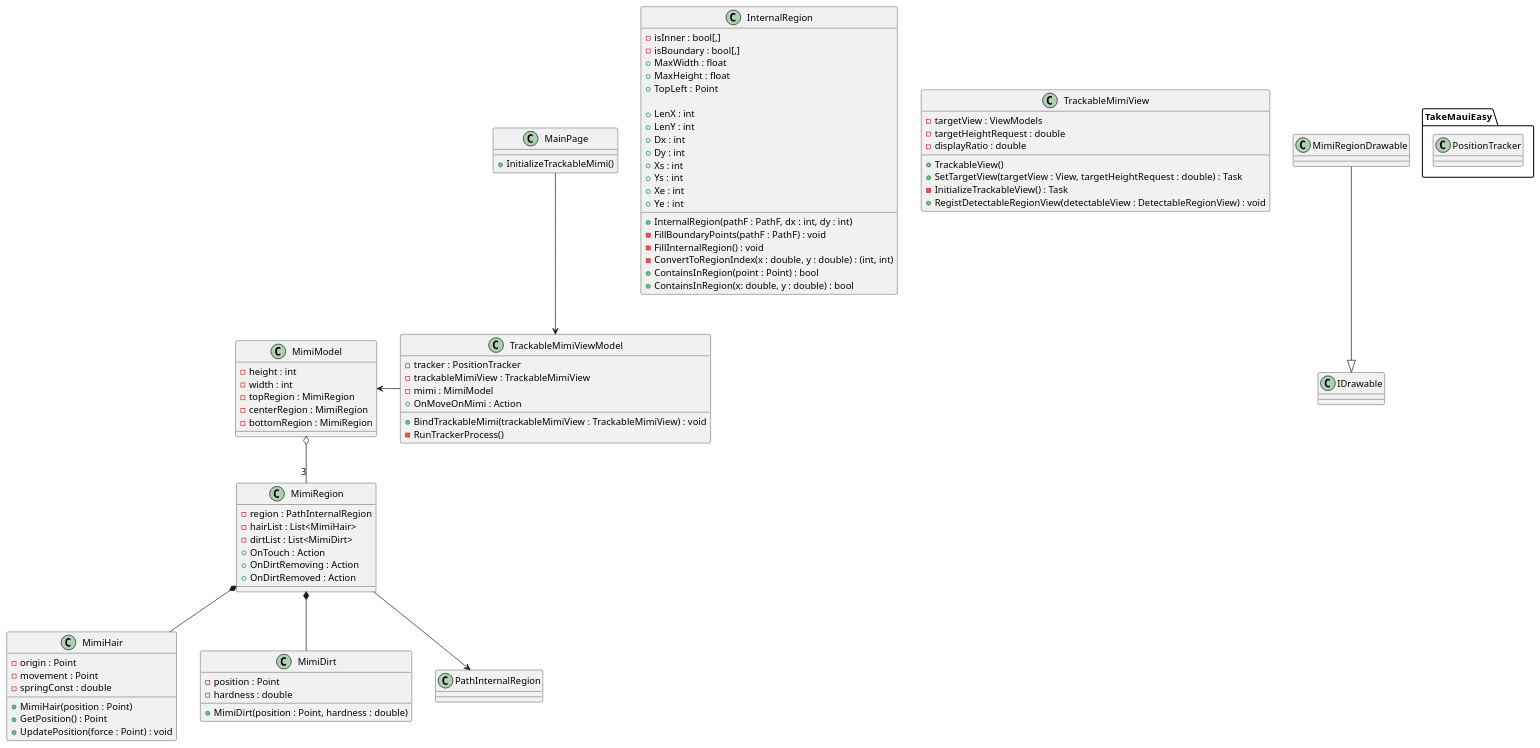
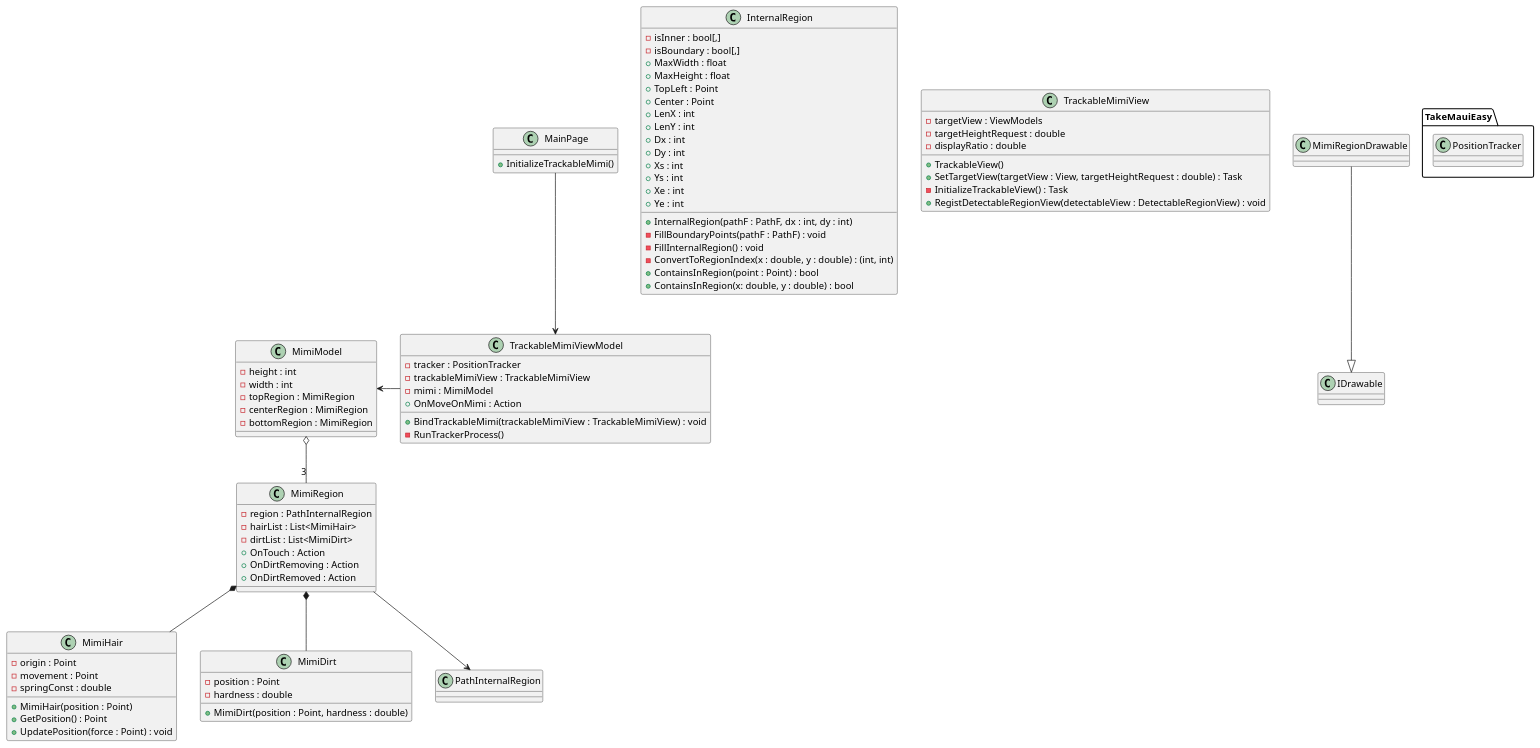
The diagram in uml/MimikakiApp.puml (tatsuya19871219/MauiMimikakiApp), drawn with PlantUML before and after one commit. The commit also changed 8 other files, not shown here.

```diff
--- a/uml/MimikakiApp.puml
+++ b/uml/MimikakiApp.puml
@@ -1,137 +1,137 @@
 @startuml MimikakiClassDiagram
 ' Models
 class MimiModel
 {
     - height : int
     - width : int
     - topRegion : MimiRegion
     - centerRegion : MimiRegion
     - bottomRegion : MimiRegion
 }
 
 class MimiRegion
 {
     - region : PathInternalRegion
     - hairList : List<MimiHair>
     - dirtList : List<MimiDirt>
     + OnTouch : Action
     + OnDirtRemoving : Action
     + OnDirtRemoved : Action
 }
 
 class MimiHair
 {
     - origin : Point
     - movement : Point
     - springConst : double
     + MimiHair(position : Point)
     + GetPosition() : Point
     + UpdatePosition(force : Point) : void
 }
 
 class MimiDirt
 {
     - position : Point
     - hardness : double
     + MimiDirt(position : Point, hardness : double)
 }
 
 class InternalRegion
 {
     '- dict : Dictionary<string, bool[,]>
     '+ this[string] : bool[,]
     - isInner : bool[,]
     - isBoundary : bool[,]
     + MaxWidth : float
     + MaxHeight : float
     + TopLeft : Point
-    
+    + Center : Point
     + LenX : int
     + LenY : int
     + Dx : int
     + Dy : int
     + Xs : int
     + Ys : int
     + Xe : int
     + Ye : int
     + InternalRegion(pathF : PathF, dx : int, dy : int)
     - FillBoundaryPoints(pathF : PathF) : void
     - FillInternalRegion() : void
     - ConvertToRegionIndex(x : double, y : double) : (int, int)
     + ContainsInRegion(point : Point) : bool
     + ContainsInRegion(x: double, y : double) : bool
 }
 
 ' Views
 class TrackableMimiView
 {
     - targetView : ViewModels
     - targetHeightRequest : double
     - displayRatio : double
     + TrackableView()
     + SetTargetView(targetView : View, targetHeightRequest : double) : Task
     - InitializeTrackableView() : Task
     + RegistDetectableRegionView(detectableView : DetectableRegionView) : void
 }
 
 ' class MimiRegionView
 ' {
 '     - regionDots : Shape[,]
 '     + DetectableRegionView(...)
 '     + ShowFlaggedRegion(region : PathInternalRegion, flags : bool[,], color : Color) : void
 ' }
 
 ' ViewModels
 class TrackableMimiViewModel
 {
     - tracker : PositionTracker
     - trackableMimiView : TrackableMimiView
     - mimi : MimiModel
     + OnMoveOnMimi : Action
     + BindTrackableMimi(trackableMimiView : TrackableMimiView) : void
     - RunTrackerProcess()
 }
 
 ' class MimiRegionViewModel
 ' {
 '     - regionView : MimiRegionView
 '     - region : MimiRegion
 '     + MimiRegionViewModel(geometry : Geometry)
 ' }
 
 ' Drawable
 class MimiRegionDrawable
 {
 
 }
 
 ' Page
 class MainPage
 {
     + InitializeTrackableMimi()
 }
 
 ' Library
 package TakeMauiEasy
 {
     class PositionTracker
 }
 
 ' 
 MimiModel o-- "3" MimiRegion
 MimiRegion --> PathInternalRegion
 MimiRegion *-- MimiHair
 MimiRegion *-- MimiDirt
 'TrackableMimiView *-- MimiRegionView
 'TrackableMimiViewModel -right-> TrackableMimiView
 TrackableMimiViewModel -left-> MimiModel
 MainPage --> TrackableMimiViewModel
 
 'TrackableMimiViewModel --> PositionTracker
 
 'TrackableMimiViewModel o-- "3" MimiRegionViewModel
 'MimiRegionViewModel --> MimiRegionView
 'MimiRegionView --> MimiRegionDrawable
 MimiRegionDrawable --|> IDrawable
 
 @enduml
```
